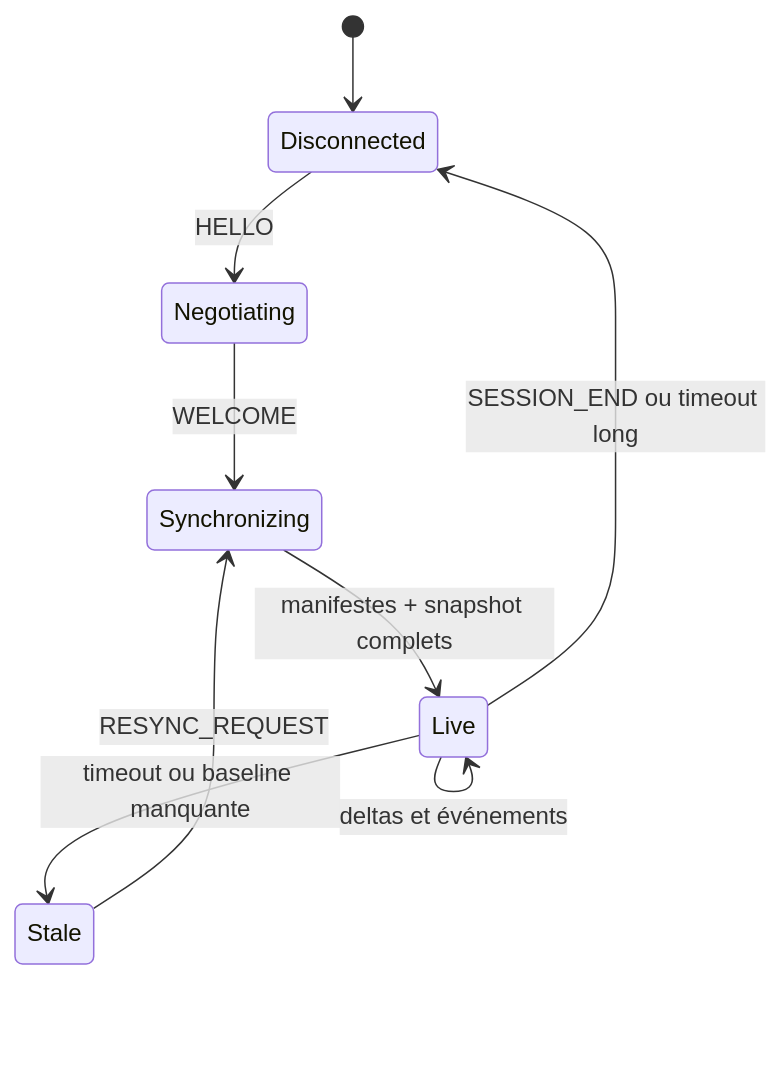
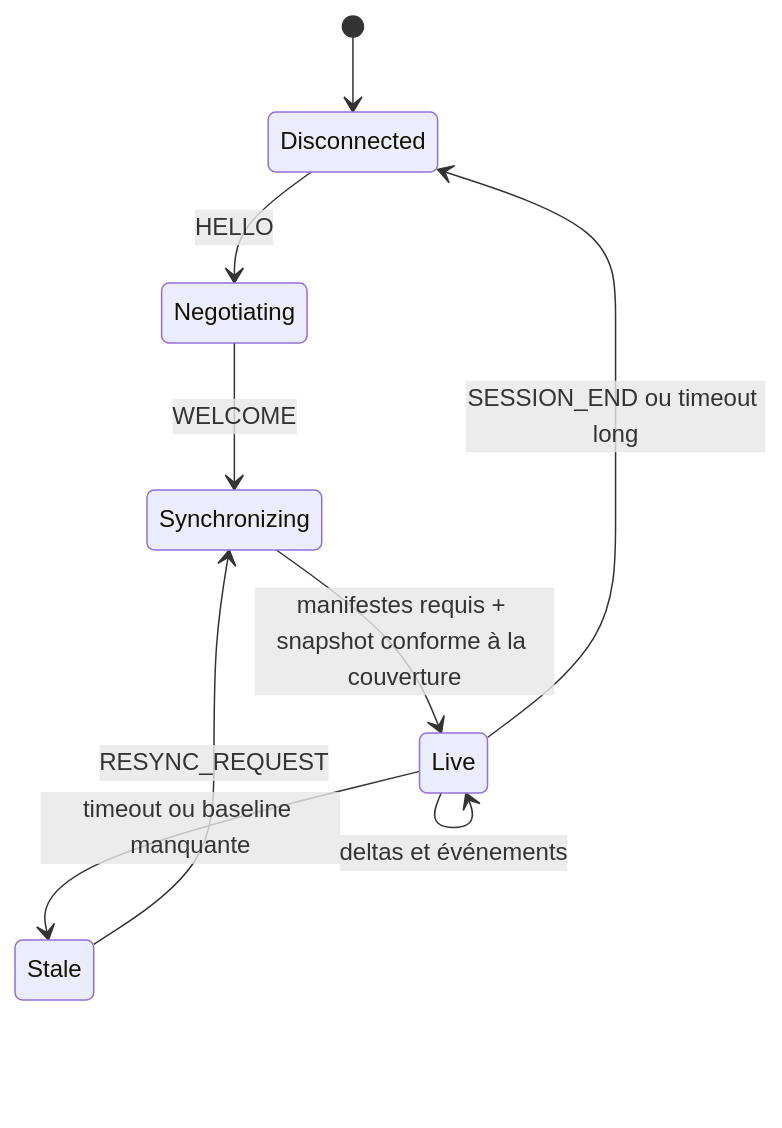
Before and after one commit to dabatnot/fso_telemetry: the diagram in documentation/analysis/03-udp-protocol.md, drawn with Mermaid. The commit also changed other lines of this file and 19 other files, not shown here.

````diff
--- a/documentation/analysis/03-udp-protocol.md
+++ b/documentation/analysis/03-udp-protocol.md
@@ -441,11 +447,11 @@
 ```mermaid
 stateDiagram-v2
     [*] --> Disconnected
     Disconnected --> Negotiating: HELLO
     Negotiating --> Synchronizing: WELCOME
-    Synchronizing --> Live: manifestes + snapshot complets
+    Synchronizing --> Live: manifestes requis + snapshot conforme à la couverture
     Live --> Live: deltas et événements
     Live --> Stale: timeout ou baseline manquante
     Stale --> Synchronizing: RESYNC_REQUEST
     Live --> Disconnected: SESSION_END ou timeout long
 ```
````
